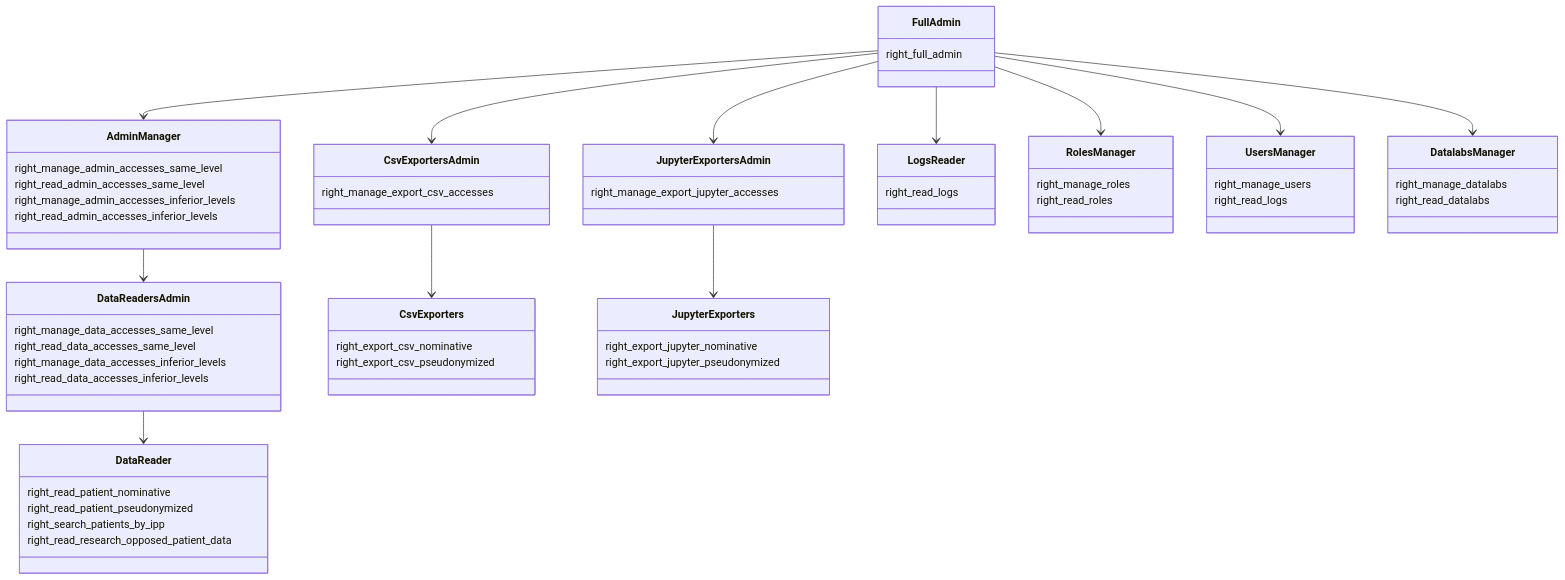
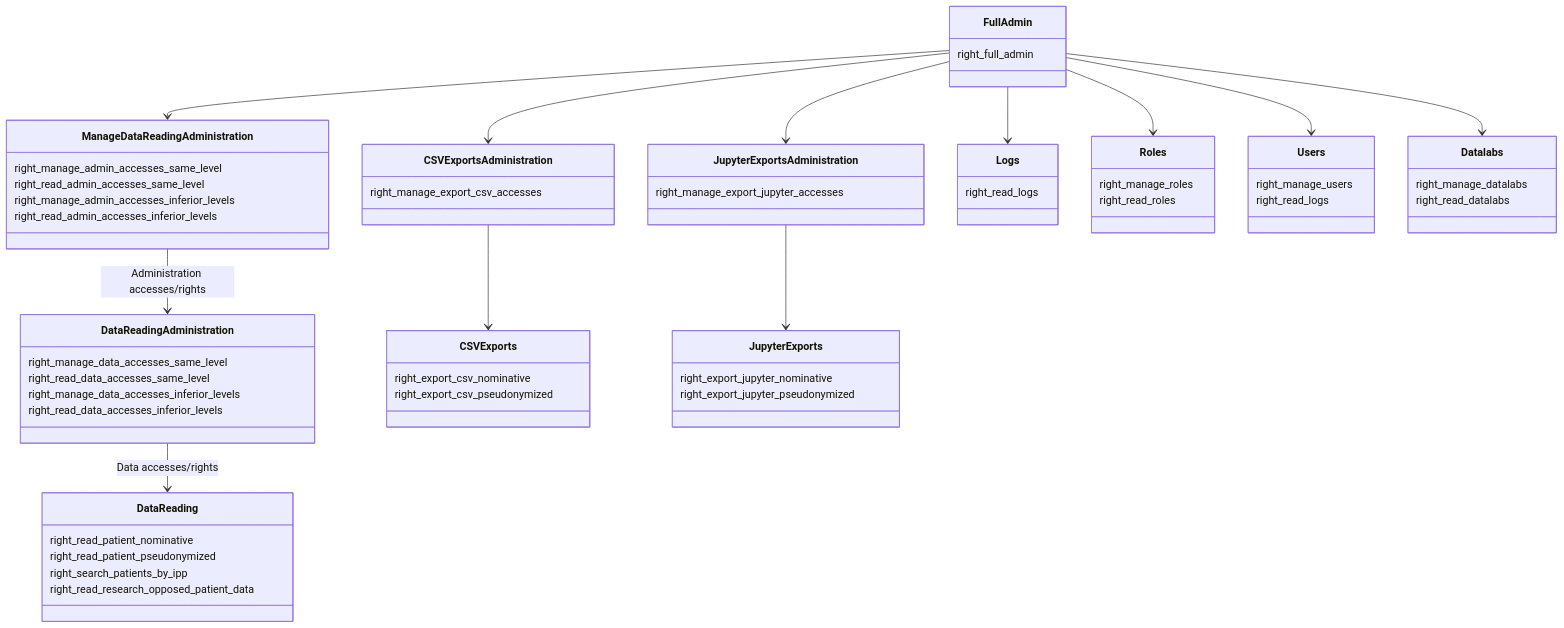
Before and after one commit to aphp/Cohort360-Back-end: the first of 17 diagrams in accesses/rights_schema.md, drawn with Mermaid. The commit also changed other lines of this file and 1 other file, not shown here.

Commit message:
refactor: wip

````diff
--- a/accesses/rights_schema.md
+++ b/accesses/rights_schema.md
@@ -1,69 +1,69 @@
 ```mermaid
 classDiagram
 class FullAdmin {
   right_full_admin
 }
-class AdminManager {
+class ManageDataReadingAdministration {
   right_manage_admin_accesses_same_level
   right_read_admin_accesses_same_level
   right_manage_admin_accesses_inferior_levels
   right_read_admin_accesses_inferior_levels
 }
-class DataReadersAdmin {
+class DataReadingAdministration {
   right_manage_data_accesses_same_level
   right_read_data_accesses_same_level
   right_manage_data_accesses_inferior_levels
   right_read_data_accesses_inferior_levels
 }
-class DataReader {
+class DataReading {
   right_read_patient_nominative
   right_read_patient_pseudonymized
   right_search_patients_by_ipp
   right_read_research_opposed_patient_data
 }
-class CsvExportersAdmin {
+class CSVExportsAdministration {
   right_manage_export_csv_accesses
 }
-class JupyterExportersAdmin {
+class JupyterExportsAdministration {
   right_manage_export_jupyter_accesses
 }
-class CsvExporters {
+class CSVExports {
   right_export_csv_nominative
   right_export_csv_pseudonymized
 }
-class JupyterExporters {
+class JupyterExports {
   right_export_jupyter_nominative
   right_export_jupyter_pseudonymized
 }
-class LogsReader {
+class Logs {
   right_read_logs
 }
-class RolesManager {
+class Roles {
   right_manage_roles
   right_read_roles
 }
-class UsersManager {
+class Users {
   right_manage_users
   right_read_logs
 }
-class DatalabsManager {
+class Datalabs {
   right_manage_datalabs
   right_read_datalabs
 }
 
-FullAdmin --> AdminManager
-AdminManager --> DataReadersAdmin
-DataReadersAdmin --> DataReader
-FullAdmin --> CsvExportersAdmin
-FullAdmin --> JupyterExportersAdmin
-FullAdmin --> LogsReader
-FullAdmin --> RolesManager
-FullAdmin --> UsersManager
-FullAdmin --> DatalabsManager
-CsvExportersAdmin-->CsvExporters
-JupyterExportersAdmin-->JupyterExporters
-LogsReader
-RolesManager
-UsersManager
-DatalabsManager
+FullAdmin --> ManageDataReadingAdministration
+ManageDataReadingAdministration --> DataReadingAdministration : Administration accesses/rights
+DataReadingAdministration --> DataReading : Data accesses/rights
+FullAdmin --> CSVExportsAdministration
+FullAdmin --> JupyterExportsAdministration
+FullAdmin --> Logs
+FullAdmin --> Roles
+FullAdmin --> Users
+FullAdmin --> Datalabs
+CSVExportsAdministration-->CSVExports
+JupyterExportsAdministration-->JupyterExports
+Logs
+Roles
+Users
+Datalabs
 ```
````
